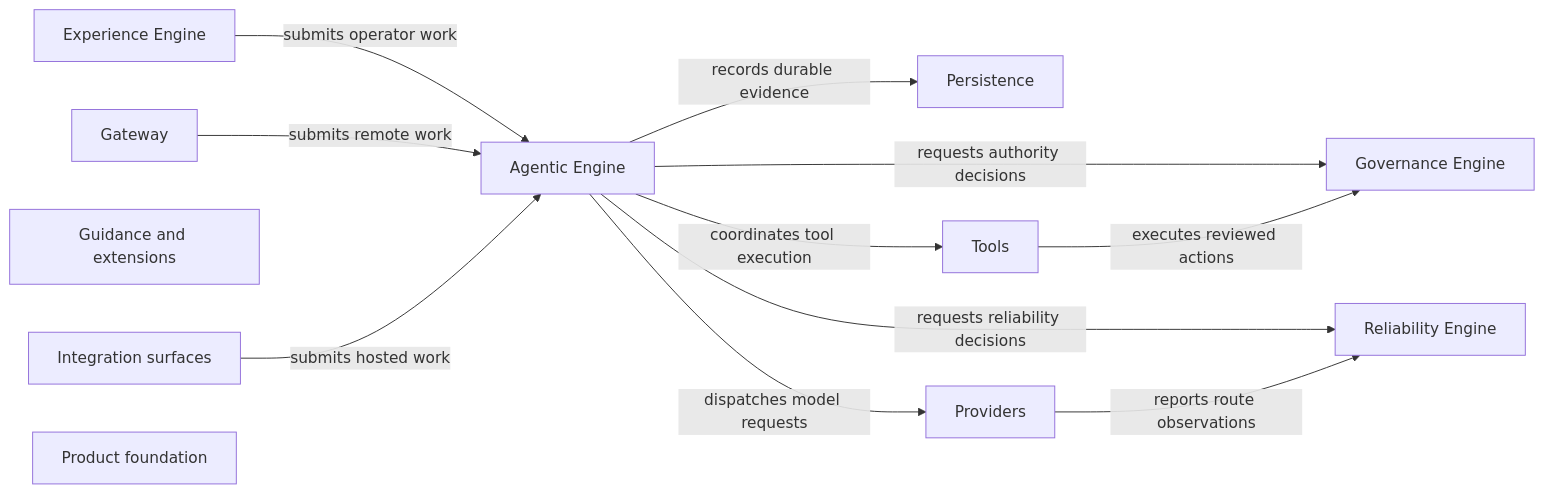
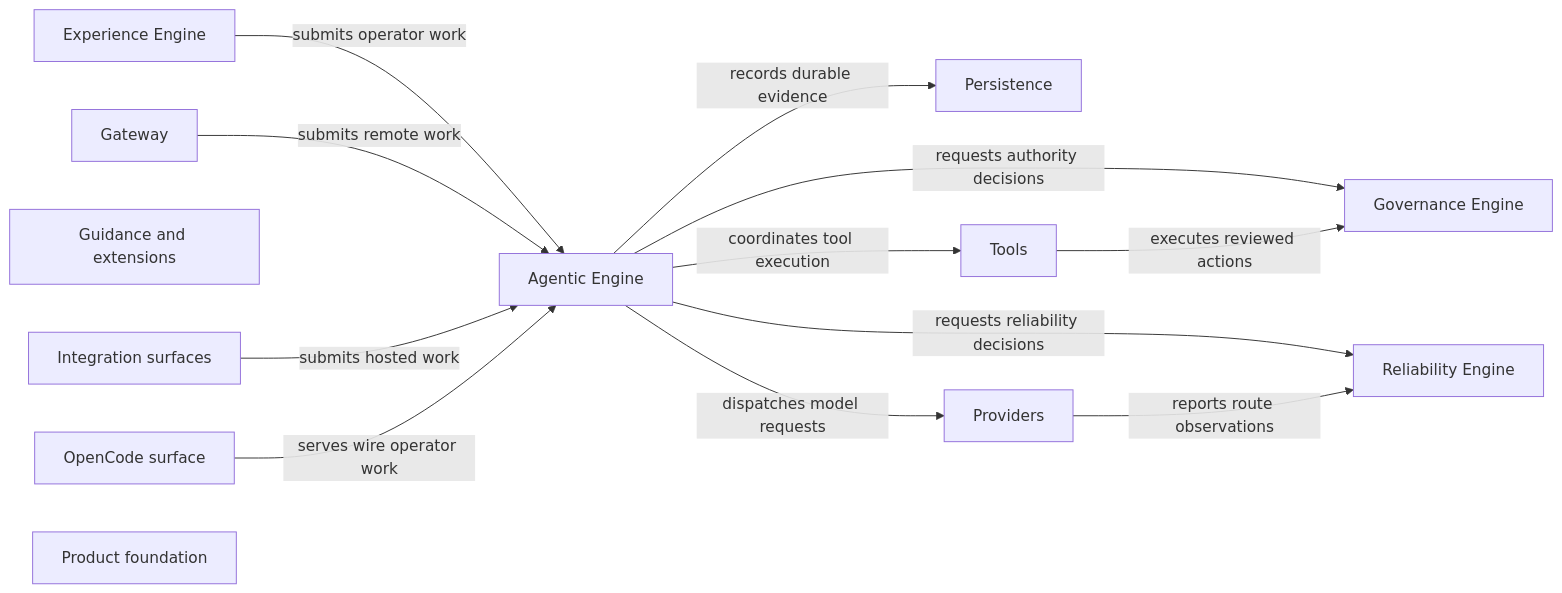
One commit to NotNative/NotNativeAgent changed the diagram in docs/architecture/repository-graph.md. Above: the diagram before and after it, drawn with Mermaid. The commit also changed other lines of this file and 19 other files, not shown here.

Commit message:
M0 opencode surface: wire-compatible serve mode for OpenChamber

````diff
--- a/docs/architecture/repository-graph.md
+++ b/docs/architecture/repository-graph.md
@@ -11,24 +11,26 @@
 ```mermaid
 graph LR
   agentic_engine["Agentic Engine"]
   governance_engine["Governance Engine"]
   experience_engine["Experience Engine"]
   reliability_engine["Reliability Engine"]
   gateway["Gateway"]
   persistence["Persistence"]
   providers["Providers"]
   tools["Tools"]
   guidance["Guidance and extensions"]
   integrations["Integration surfaces"]
+  opencode_surface["OpenCode surface"]
   foundation["Product foundation"]
   experience_engine -->|submits operator work| agentic_engine
   gateway -->|submits remote work| agentic_engine
   integrations -->|submits hosted work| agentic_engine
+  opencode_surface -->|serves wire operator work| agentic_engine
   agentic_engine -->|requests authority decisions| governance_engine
   agentic_engine -->|requests reliability decisions| reliability_engine
   agentic_engine -->|dispatches model requests| providers
   agentic_engine -->|records durable evidence| persistence
   agentic_engine -->|coordinates tool execution| tools
   tools -->|executes reviewed actions| governance_engine
   providers -->|reports route observations| reliability_engine
 ```
````
